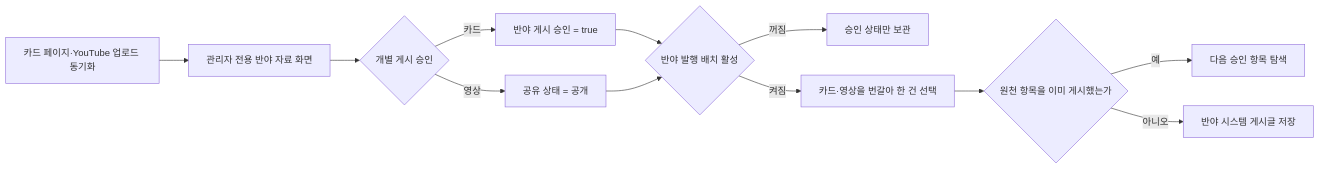
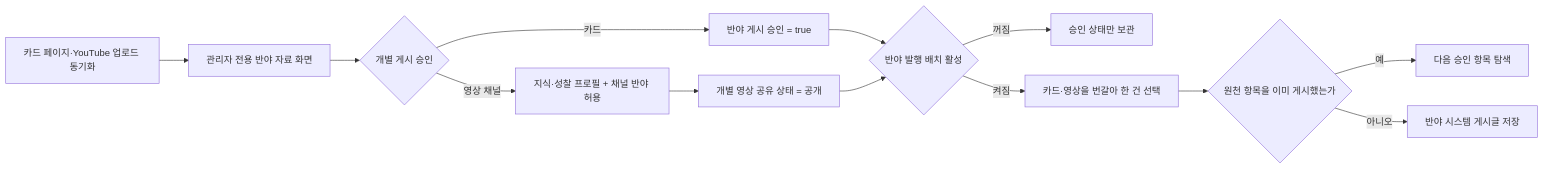
Before and after one commit to cheolwo/hongdal: the diagram in docs/Architecture/PrajnaCommunityPublication.md, drawn with Mermaid. The commit also changed other lines of this file and 4 other files, not shown here.

````diff
--- a/docs/Architecture/PrajnaCommunityPublication.md
+++ b/docs/Architecture/PrajnaCommunityPublication.md
@@ -11,14 +11,15 @@
 ```mermaid
 flowchart LR
     A["카드 페이지·YouTube 업로드 동기화"] --> B["관리자 전용 반야 자료 화면"]
     B --> C{"개별 게시 승인"}
     C -->|카드| D["반야 게시 승인 = true"]
-    C -->|영상| E["공유 상태 = 공개"]
+    C -->|영상 채널| E["지식·성찰 프로필 + 채널 반야 허용"]
+    E --> L["개별 영상 공유 상태 = 공개"]
     D --> F{"반야 발행 배치 활성"}
-    E --> F
+    L --> F
     F -->|꺼짐| G["승인 상태만 보관"]
     F -->|켜짐| H["카드·영상을 번갈아 한 건 선택"]
     H --> I{"원천 항목을 이미 게시했는가"}
     I -->|예| J["다음 승인 항목 탐색"]
     I -->|아니오| K["반야 시스템 게시글 저장"]
 ```
````
